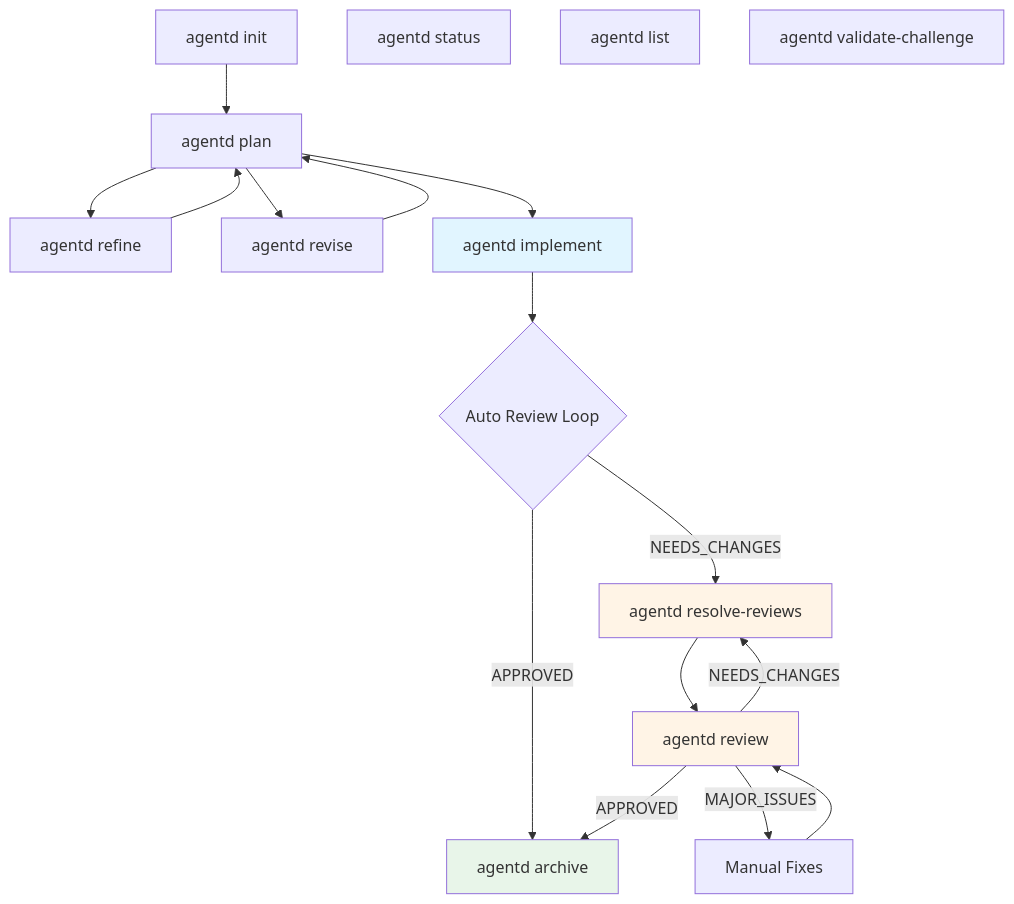
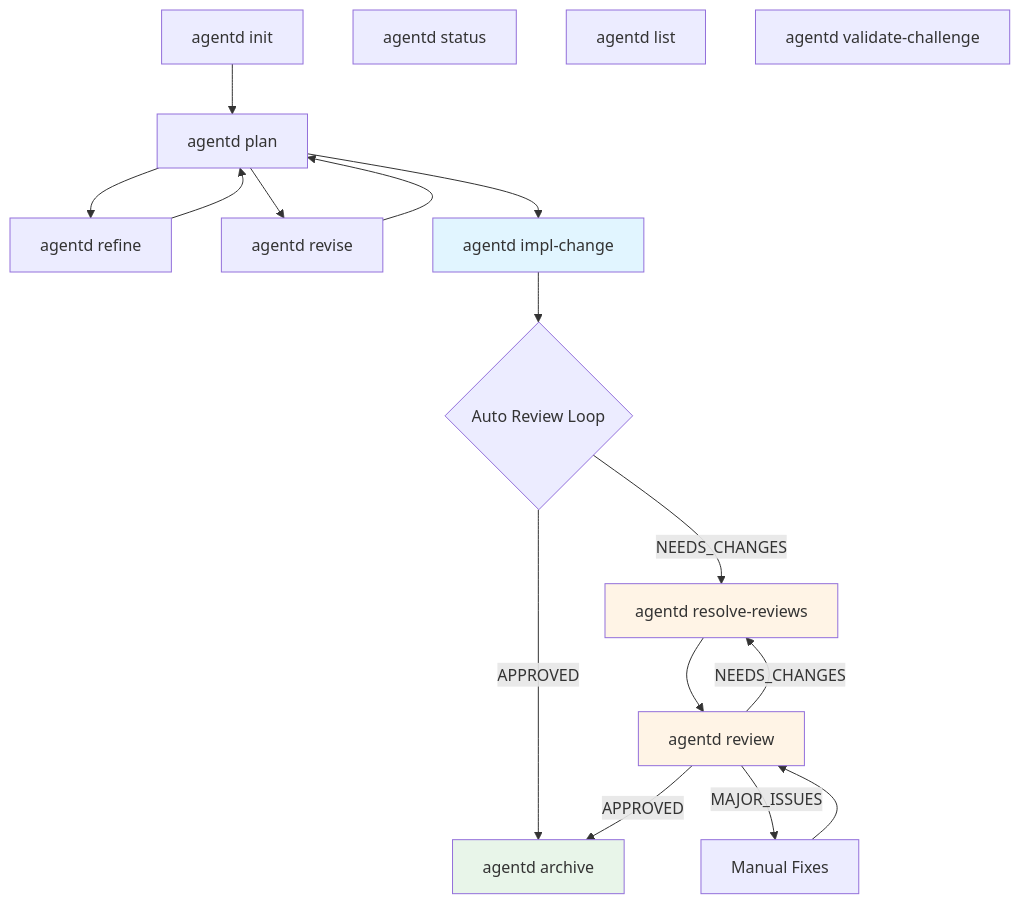
Before and after one commit to chrischeng-c4/agentd: the diagram in agentd/specs/commands/README.md, drawn with Mermaid. The commit also changed other lines of this file and 108 other files, not shown here.

````diff
--- a/agentd/specs/commands/README.md
+++ b/agentd/specs/commands/README.md
@@ -94,28 +94,28 @@
 ```mermaid
 graph TD
     init[agentd init] --> plan[agentd plan]
     plan --> refine[agentd refine]
     refine --> plan
     plan --> revise[agentd revise]
     revise --> plan
 
-    plan --> implement[agentd implement]
+    plan --> implement[agentd impl-change]
 
     implement --> review_loop{Auto Review Loop}
     review_loop -->|APPROVED| archive[agentd archive]
     review_loop -->|NEEDS_CHANGES| resolve[agentd resolve-reviews]
     resolve --> review[agentd review]
     review -->|APPROVED| archive
     review -->|NEEDS_CHANGES| resolve
     review -->|MAJOR_ISSUES| manual[Manual Fixes]
     manual --> review
 
     status[agentd status]
     list[agentd list]
     validate[agentd validate-challenge]
 
     style implement fill:#e1f5ff
     style review fill:#fff4e6
     style resolve fill:#fff4e6
     style archive fill:#e8f5e9
 ```
````
